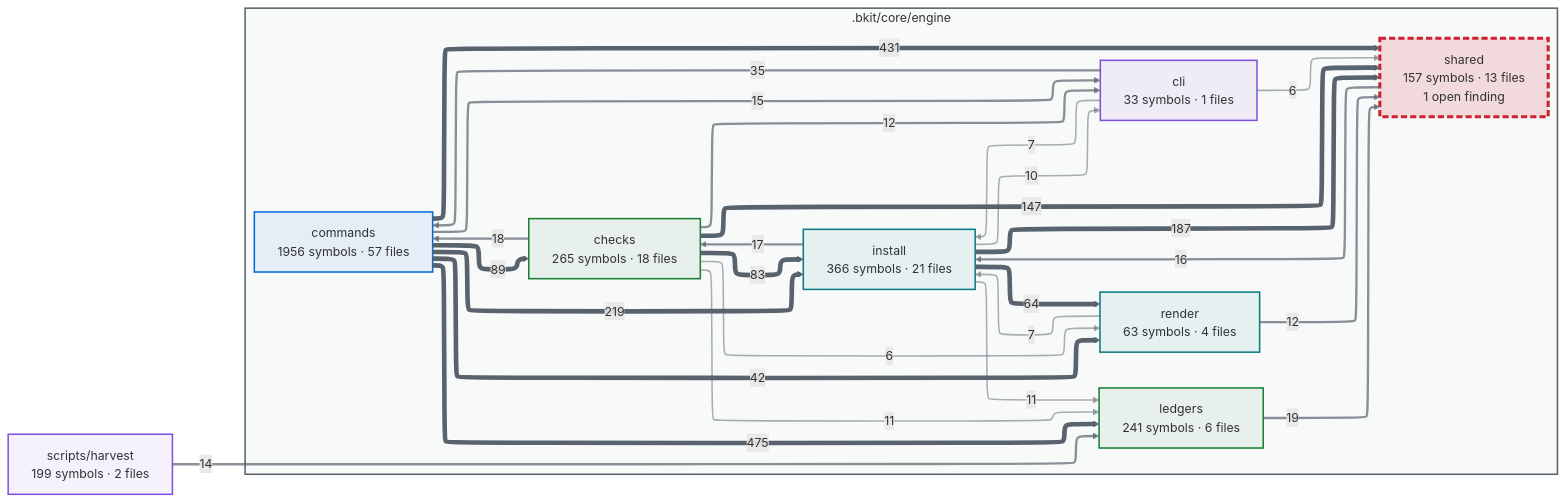
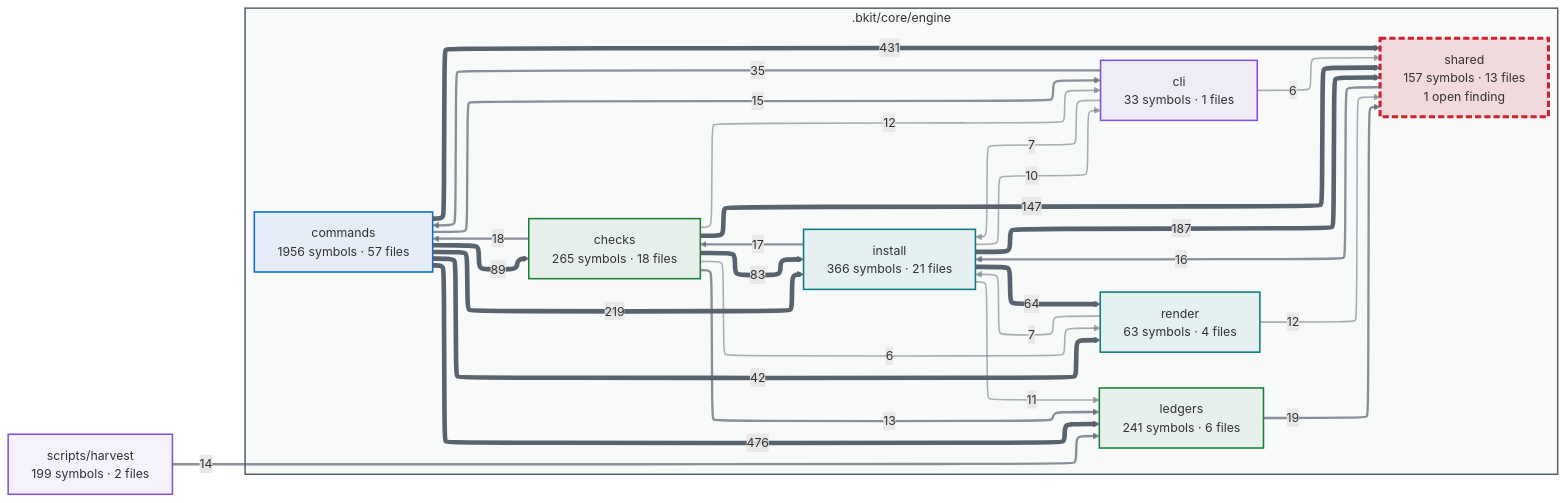
Before and after one commit to cbartens/bkit: the first of 2 diagrams in docs/capabilities.md, drawn with Mermaid. The commit also changed other lines of this file and 42 other files, not shown here.

````diff
--- a/docs/capabilities.md
+++ b/docs/capabilities.md
@@ -116,80 +116,80 @@
 ```mermaid
 ---
 config:
   layout: elk
   themeCSS: "marker { overflow: visible; } marker path { transform: scale(1.8); transform-origin: 5px 5px; }"
   flowchart:
     useMaxWidth: false
 ---
 flowchart LR
   %% Generated by bkit-graphify-rollup.py — do not edit
   subgraph gn_bkit_core_engine[".bkit/core/engine"]
     n_bkit_core_engine_checks["checks<br/>265 symbols · 18 files"]
     n_bkit_core_engine_cli["cli<br/>33 symbols · 1 files"]
     n_bkit_core_engine_commands["commands<br/>1956 symbols · 57 files"]
     n_bkit_core_engine_install["install<br/>366 symbols · 21 files"]
     n_bkit_core_engine_ledgers["ledgers<br/>241 symbols · 6 files"]
     n_bkit_core_engine_render["render<br/>63 symbols · 4 files"]
     n_bkit_core_engine_shared["shared<br/>157 symbols · 13 files<br/>1 open finding"]
   end
   nscripts_harvest["scripts/harvest<br/>199 symbols · 2 files"]
-  n_bkit_core_engine_commands -->|475| n_bkit_core_engine_ledgers
+  n_bkit_core_engine_commands -->|476| n_bkit_core_engine_ledgers
   n_bkit_core_engine_commands -->|431| n_bkit_core_engine_shared
   n_bkit_core_engine_commands -->|219| n_bkit_core_engine_install
   n_bkit_core_engine_install -->|187| n_bkit_core_engine_shared
   n_bkit_core_engine_checks -->|147| n_bkit_core_engine_shared
   n_bkit_core_engine_commands -->|89| n_bkit_core_engine_checks
   n_bkit_core_engine_checks -->|83| n_bkit_core_engine_install
   n_bkit_core_engine_install -->|64| n_bkit_core_engine_render
   n_bkit_core_engine_commands -->|42| n_bkit_core_engine_render
   n_bkit_core_engine_cli -->|35| n_bkit_core_engine_commands
   n_bkit_core_engine_ledgers -->|19| n_bkit_core_engine_shared
   n_bkit_core_engine_checks -->|18| n_bkit_core_engine_commands
   n_bkit_core_engine_install -->|17| n_bkit_core_engine_checks
   n_bkit_core_engine_shared -->|16| n_bkit_core_engine_install
   n_bkit_core_engine_commands -->|15| n_bkit_core_engine_cli
   nscripts_harvest -->|14| n_bkit_core_engine_ledgers
+  n_bkit_core_engine_checks -->|13| n_bkit_core_engine_ledgers
   n_bkit_core_engine_checks -->|12| n_bkit_core_engine_cli
   n_bkit_core_engine_render -->|12| n_bkit_core_engine_shared
-  n_bkit_core_engine_checks -->|11| n_bkit_core_engine_ledgers
   n_bkit_core_engine_install -->|11| n_bkit_core_engine_ledgers
   n_bkit_core_engine_install -->|10| n_bkit_core_engine_cli
   n_bkit_core_engine_cli -->|7| n_bkit_core_engine_install
   n_bkit_core_engine_render -->|7| n_bkit_core_engine_install
   n_bkit_core_engine_checks -->|6| n_bkit_core_engine_render
   n_bkit_core_engine_cli -->|6| n_bkit_core_engine_shared
   style gn_bkit_core_engine fill:#59636e0a,stroke:#59636e,stroke-width:2px
   style n_bkit_core_engine_checks stroke:#1a7f37,stroke-width:2px,fill:#1a7f3714
   style n_bkit_core_engine_cli stroke:#8250df,stroke-width:2px,fill:#8250df14
   style n_bkit_core_engine_commands stroke:#0969da,stroke-width:2px,fill:#0969da14
   style n_bkit_core_engine_install stroke:#0a7b83,stroke-width:2px,fill:#0a7b8314
   style n_bkit_core_engine_ledgers stroke:#1a7f37,stroke-width:2px,fill:#1a7f3714
   style n_bkit_core_engine_render stroke:#0a7b83,stroke-width:2px,fill:#0a7b8314
   style n_bkit_core_engine_shared stroke:#cf222e,stroke-width:4px,stroke-dasharray:8 4,fill:#cf222e26
   style nscripts_harvest stroke:#8250df,stroke-width:2px,fill:#8250df14
   linkStyle 0 stroke:#59636e,stroke-width:6px
   linkStyle 1 stroke:#59636e,stroke-width:6px
   linkStyle 2 stroke:#59636e,stroke-width:6px
   linkStyle 3 stroke:#59636e,stroke-width:6px
   linkStyle 4 stroke:#59636e,stroke-width:6px
   linkStyle 5 stroke:#59636e,stroke-width:6px
   linkStyle 6 stroke:#59636e,stroke-width:6px
   linkStyle 7 stroke:#59636e,stroke-width:6px
   linkStyle 8 stroke:#59636e,stroke-width:6px
   linkStyle 9 stroke:#59636eb3,stroke-width:3px
   linkStyle 10 stroke:#59636eb3,stroke-width:3px
   linkStyle 11 stroke:#59636eb3,stroke-width:3px
   linkStyle 12 stroke:#59636eb3,stroke-width:3px
   linkStyle 13 stroke:#59636eb3,stroke-width:3px
   linkStyle 14 stroke:#59636eb3,stroke-width:3px
   linkStyle 15 stroke:#59636eb3,stroke-width:3px
   linkStyle 16 stroke:#59636eb3,stroke-width:3px
-  linkStyle 17 stroke:#59636eb3,stroke-width:3px
+  linkStyle 17 stroke:#59636e80,stroke-width:2px
   linkStyle 18 stroke:#59636e80,stroke-width:2px
   linkStyle 19 stroke:#59636e80,stroke-width:2px
   linkStyle 20 stroke:#59636e80,stroke-width:2px
   linkStyle 21 stroke:#59636e80,stroke-width:2px
   linkStyle 22 stroke:#59636e80,stroke-width:2px
   linkStyle 23 stroke:#59636e80,stroke-width:2px
   linkStyle 24 stroke:#59636e80,stroke-width:2px
 ```
````
